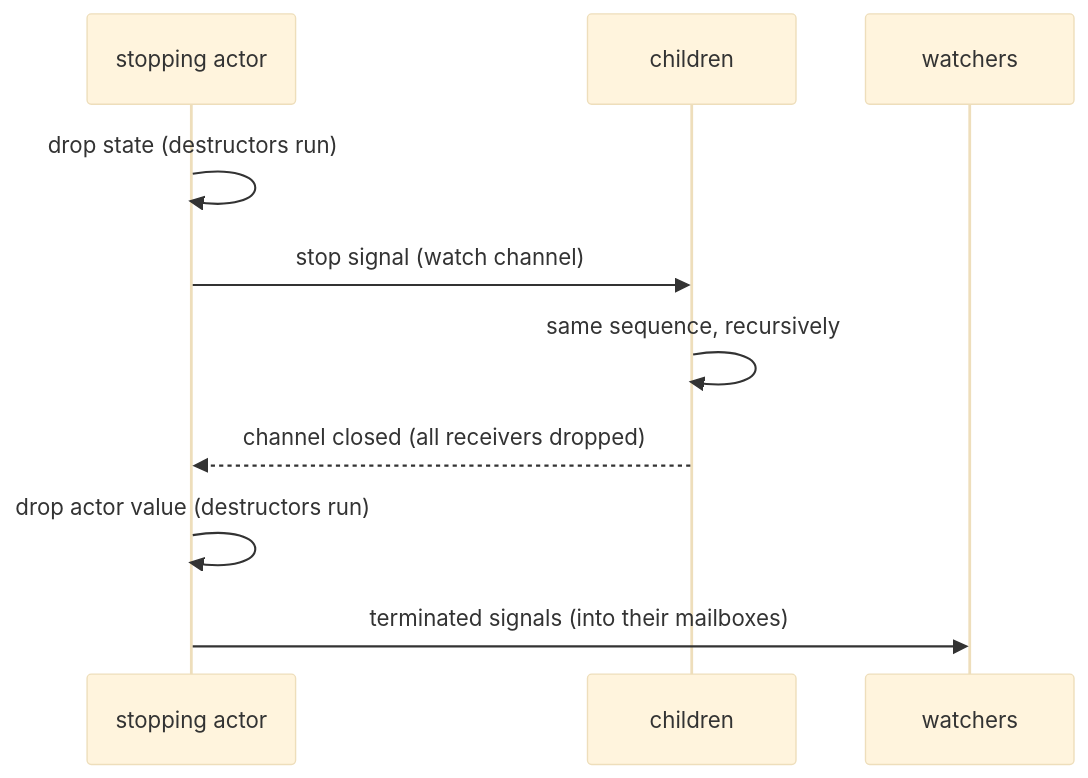
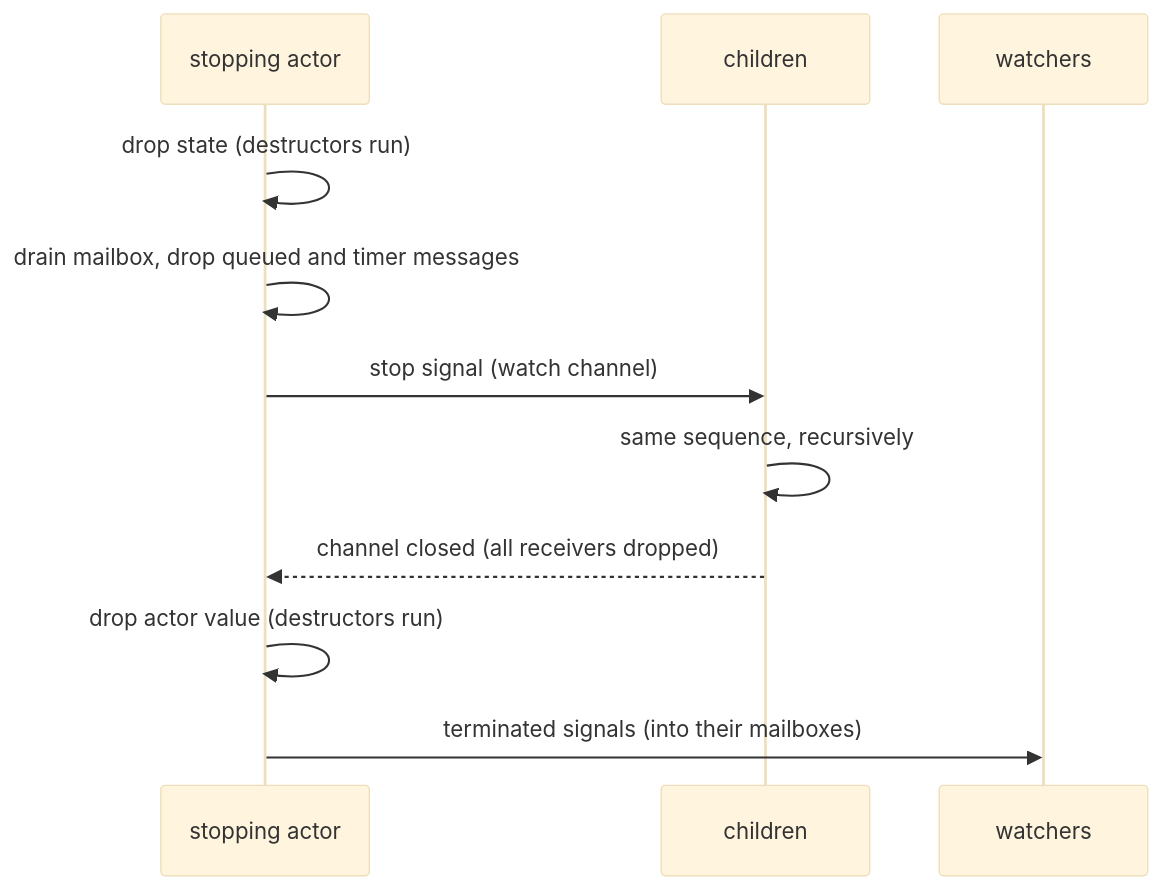
Before and after one commit to tellus-rs/tellus: the diagram in docs/actors.md, drawn with Mermaid (base theme). The commit also changed other lines of this file and 75 other files, not shown here.

````diff
--- a/docs/actors.md
+++ b/docs/actors.md
@@ -373,12 +384,13 @@
 ```mermaid
 sequenceDiagram
     participant A as stopping actor
     participant C as children
     participant W as watchers
     A->>A: drop state (destructors run)
+    A->>A: drain mailbox, drop queued and timer messages
     A->>C: stop signal (watch channel)
     C->>C: same sequence, recursively
     C-->>A: channel closed (all receivers dropped)
     A->>A: drop actor value (destructors run)
     A->>W: terminated signals (into their mailboxes)
 ```
````
